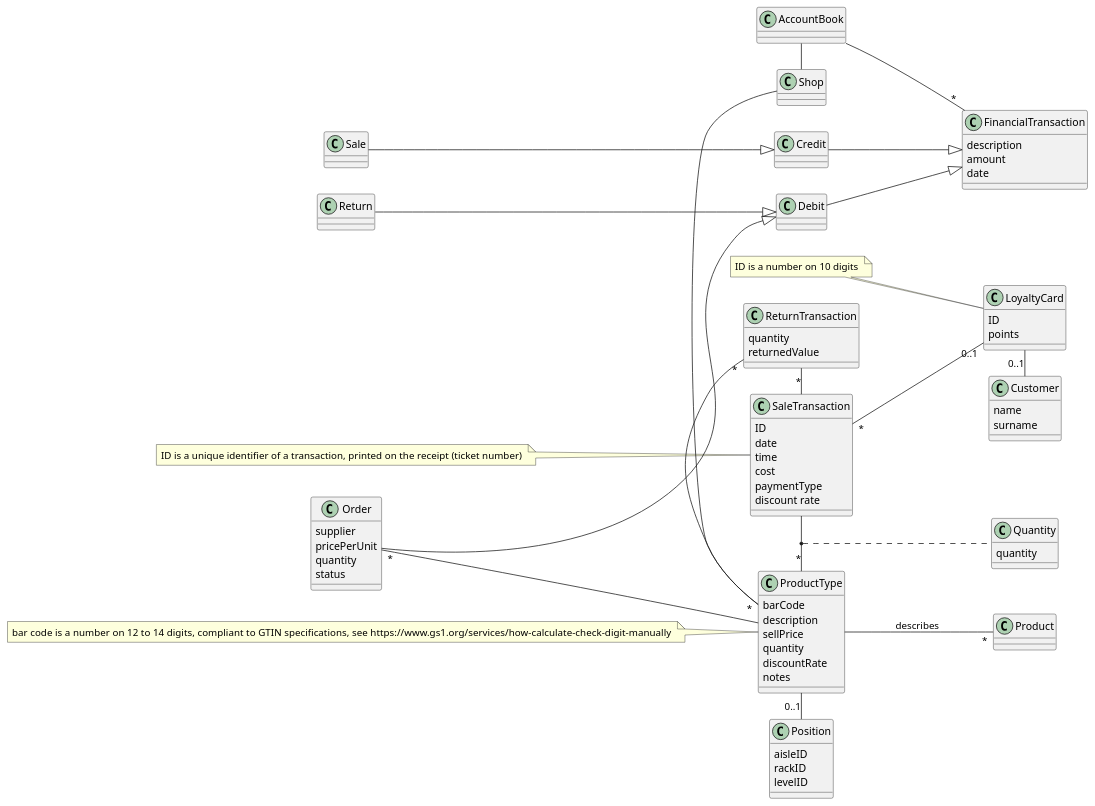
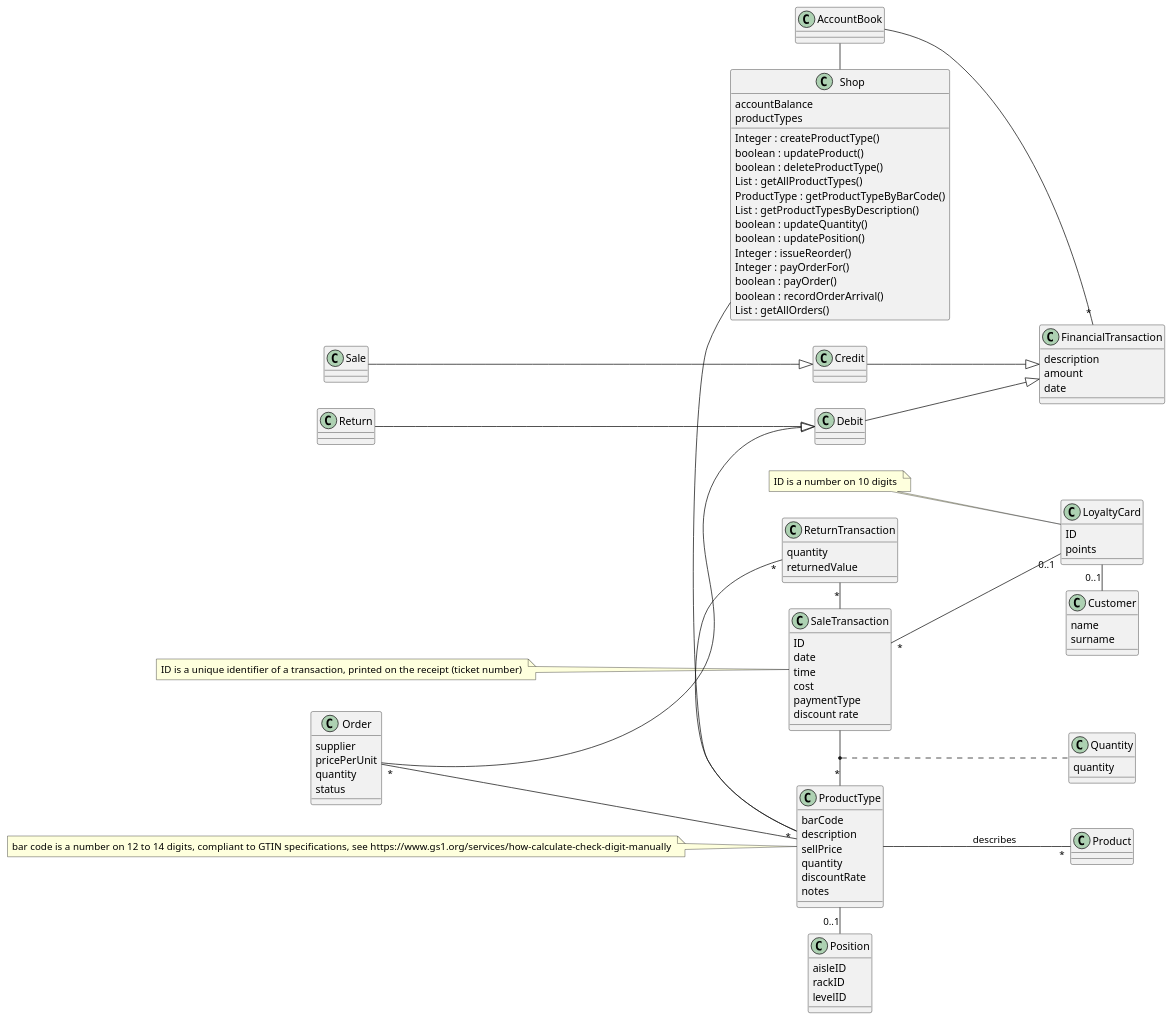
The second of 2 diagrams in Deliverables/DesignDocument.md (zitabou/EZShop), drawn with PlantUML before and after one commit. The commit also changed other lines of this file, not shown here.

Commit message:
Design for FR3 and FR4

```diff
--- a/Deliverables/DesignDocument.md
+++ b/Deliverables/DesignDocument.md
@@ -43,7 +48,28 @@
 left to right direction
 
 
-class Shop
+class Shop{
+    accountBalance
+    productTypes
+    'FR3
+    Integer : createProductType()
+    boolean : updateProduct()
+    boolean : deleteProductType()
+    List : getAllProductTypes()
+    ProductType : getProductTypeByBarCode()
+    List : getProductTypesByDescription()
+    'FR4
+    boolean : updateQuantity()
+    boolean : updatePosition()
+    Integer : issueReorder()
+    Integer : payOrderFor()
+    boolean : payOrder()
+    boolean : recordOrderArrival()
+    List : getAllOrders()
+
+
+
+}
 class AccountBook 
 AccountBook - Shop
 class FinancialTransaction {
```
